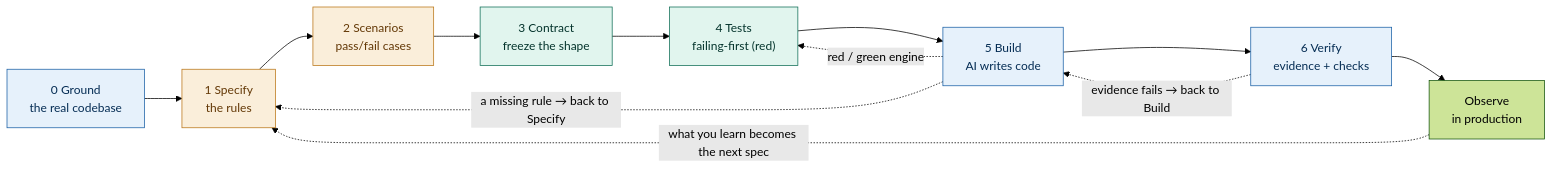
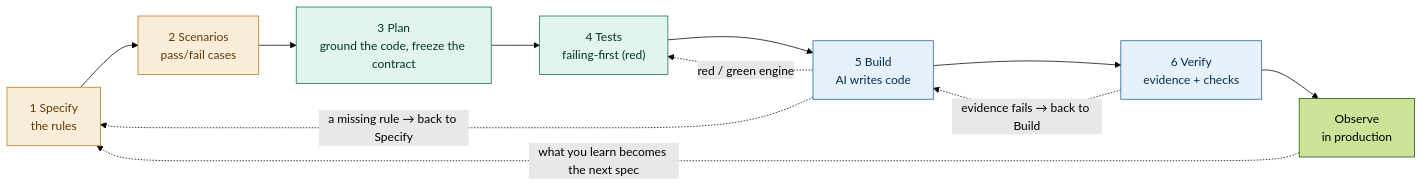
Before and after one commit to pilotspace/ADD: the diagram in add-method/src/add_method/_bundled/docs/02-the-flow.md, drawn with Mermaid (forest theme). The commit also changed other lines of this file and 197 other files, not shown here.

````diff
--- a/add-method/src/add_method/_bundled/docs/02-the-flow.md
+++ b/add-method/src/add_method/_bundled/docs/02-the-flow.md
@@ -15,20 +15,19 @@
 ```mermaid
 flowchart LR
-  S0["0 Ground<br/>the real codebase"] --> S1["1 Specify<br/>the rules"]
   S1["1 Specify<br/>the rules"] --> S2["2 Scenarios<br/>pass/fail cases"]
-  S2 --> S3["3 Contract<br/>freeze the shape"]
+  S2 --> S3["3 Plan<br/>ground the code, freeze the contract"]
   S3 --> S4["4 Tests<br/>failing-first (red)"]
   S4 --> S5["5 Build<br/>AI writes code"]
   S5 --> S6["6 Verify<br/>evidence + checks"]
   S6 --> OBS["Observe<br/>in production"]
   S5 -. "red / green engine" .-> S4
   S6 -. "evidence fails → back to Build" .-> S5
   S5 -. "a missing rule → back to Specify" .-> S1
   OBS -. "what you learn becomes the next spec" .-> S1
   classDef human fill:#FAEEDA,stroke:#BA7517,color:#633806;
   classDef decision fill:#E1F5EE,stroke:#0F6E56,color:#04342C;
   classDef machine fill:#E6F1FB,stroke:#185FA5,color:#042C53;
   class S1,S2 human;
   class S3,S4 decision;
-  class S0,S5,S6 machine;
+  class S5,S6 machine;
 ```
````
